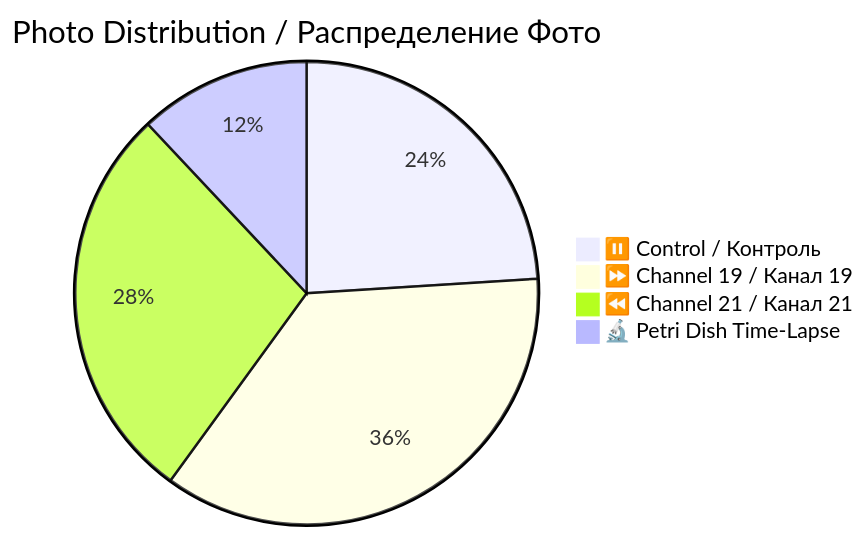
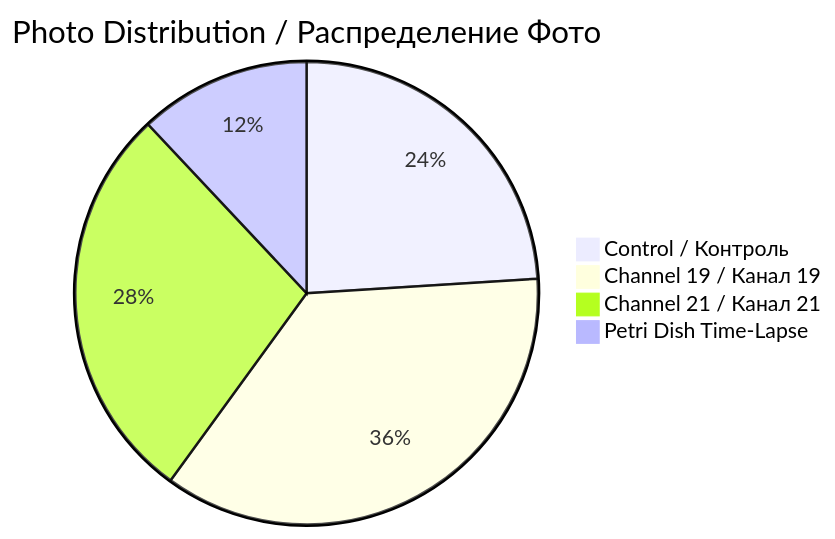
One commit to AdvancedScientificResearchProjects/Hyperbolic_Field_BloodPlasma_Study changed the first of 3 diagrams in original_research/data/patient-02/photos/README.md. Above: the diagram before and after it, drawn with Mermaid. The commit also changed other lines of this file and 46 other files, not shown here.

````diff
--- a/original_research/data/patient-02/photos/README.md
+++ b/original_research/data/patient-02/photos/README.md
@@ -15,7 +15,7 @@
 ```mermaid
 pie title Photo Distribution / Распределение Фото
-    "⏸️ Control / Контроль" : 6
-    "⏩ Channel 19 / Канал 19" : 9
-    "⏪ Channel 21 / Канал 21" : 7
-    "🔬 Petri Dish Time-Lapse" : 3
+    " Control / Контроль" : 6
+    " Channel 19 / Канал 19" : 9
+    " Channel 21 / Канал 21" : 7
+    " Petri Dish Time-Lapse" : 3
 ```
````
